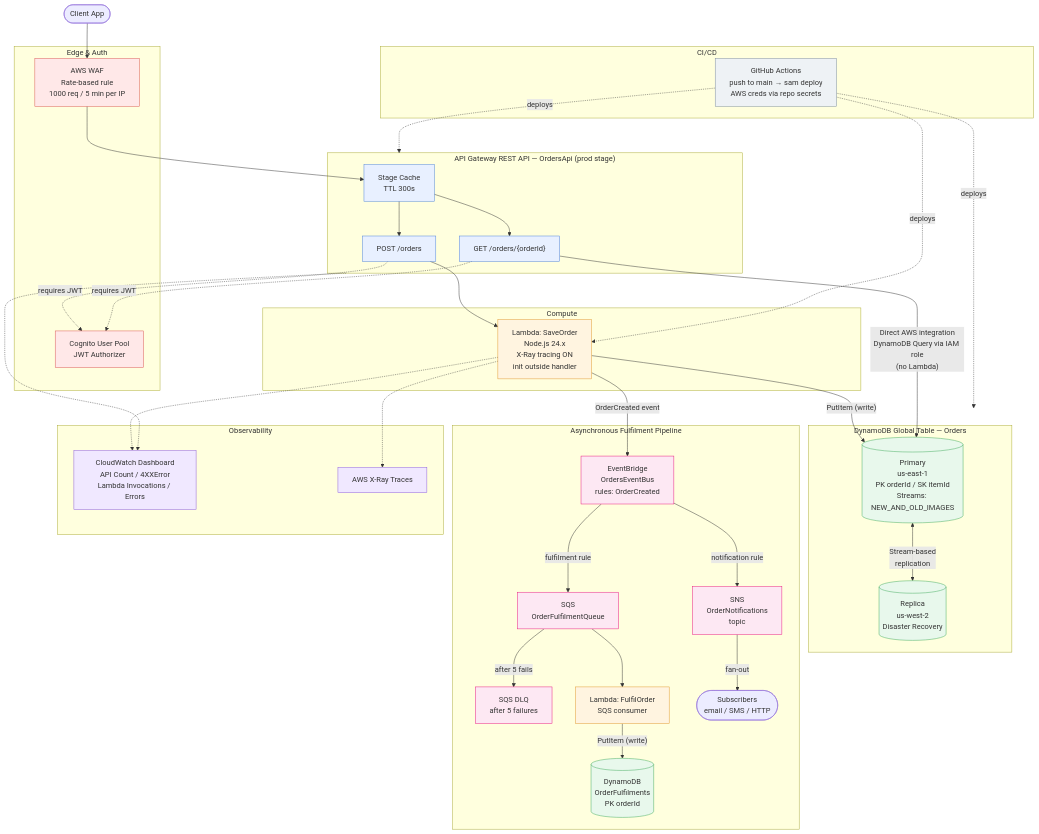
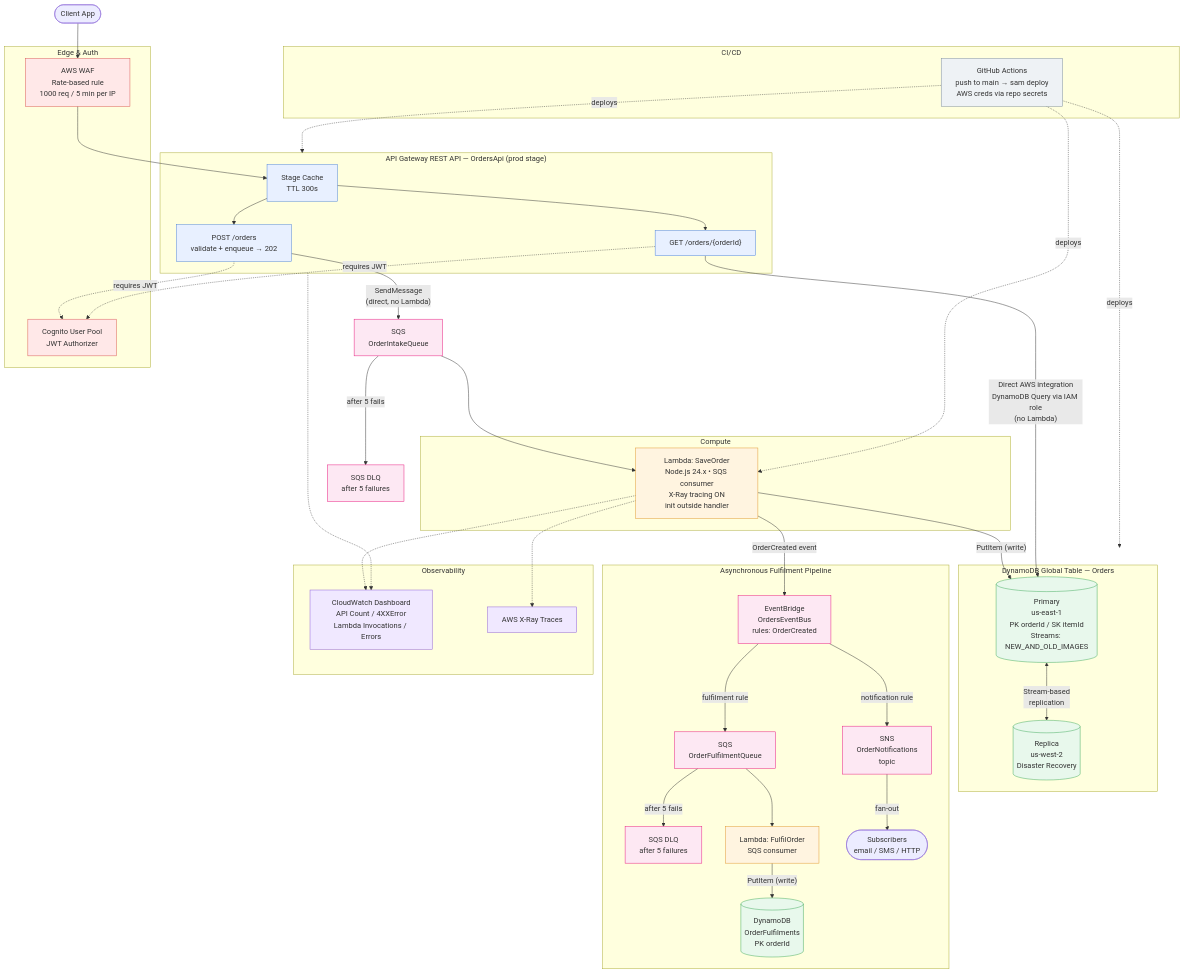
Before and after one commit to Govinder-1992/serverless-application: the diagram in docs/architecture.mmd, drawn with Mermaid. The commit also changed 5 other files, not shown here.

Commit message:
Docs: reflect async write path (API Gateway -> SQS intake -> SaveOrder)

```diff
--- a/docs/architecture.mmd
+++ b/docs/architecture.mmd
@@ -1,85 +1,90 @@
 flowchart TB
     Client([Client App])
 
     subgraph Security["Edge & Auth"]
         WAF["AWS WAF<br/>Rate-based rule<br/>1000 req / 5 min per IP"]
         Cognito["Cognito User Pool<br/>JWT Authorizer"]
     end
 
     subgraph APIGW["API Gateway REST API — OrdersApi (prod stage)"]
         Cache["Stage Cache<br/>TTL 300s"]
-        POST["POST /orders"]
+        POST["POST /orders<br/>validate + enqueue → 202"]
         GET["GET /orders/{orderId}"]
     end
 
+    IntakeQueue["SQS<br/>OrderIntakeQueue"]
+    IntakeDLQ["SQS DLQ<br/>after 5 failures"]
+
     subgraph Compute["Compute"]
-        Lambda["Lambda: SaveOrder<br/>Node.js 24.x<br/>X-Ray tracing ON<br/>init outside handler"]
+        Lambda["Lambda: SaveOrder<br/>Node.js 24.x • SQS consumer<br/>X-Ray tracing ON<br/>init outside handler"]
     end
 
     subgraph DataLayer["DynamoDB Global Table — Orders"]
         DDBPrimary[("Primary<br/>us-east-1<br/>PK orderId / SK itemId<br/>Streams: NEW_AND_OLD_IMAGES")]
         DDBReplica[("Replica<br/>us-west-2<br/>Disaster Recovery")]
     end
 
     subgraph Async["Asynchronous Fulfilment Pipeline"]
         EventBus["EventBridge<br/>OrdersEventBus<br/>rules: OrderCreated"]
         Queue["SQS<br/>OrderFulfilmentQueue"]
         DLQ["SQS DLQ<br/>after 5 failures"]
         Fulfil["Lambda: FulfilOrder<br/>SQS consumer"]
         FulfilTable[("DynamoDB<br/>OrderFulfilments<br/>PK orderId")]
         SNS["SNS<br/>OrderNotifications<br/>topic"]
         Subscribers(["Subscribers<br/>email / SMS / HTTP"])
     end
 
     subgraph Observability["Observability"]
         Dashboard["CloudWatch Dashboard<br/>API Count / 4XXError<br/>Lambda Invocations / Errors"]
         XRay["AWS X-Ray Traces"]
     end
 
     subgraph CICD["CI/CD"]
         GH["GitHub Actions<br/>push to main → sam deploy<br/>AWS creds via repo secrets"]
     end
 
     Client --> WAF --> Cache
     Cache --> POST
     Cache --> GET
     POST -. requires JWT .-> Cognito
     GET -. requires JWT .-> Cognito
 
-    POST --> Lambda
+    POST -->|"SendMessage<br/>(direct, no Lambda)"| IntakeQueue
+    IntakeQueue -->|"after 5 fails"| IntakeDLQ
+    IntakeQueue --> Lambda
     Lambda -->|"PutItem (write)"| DDBPrimary
     GET -->|"Direct AWS integration<br/>DynamoDB Query via IAM role<br/>(no Lambda)"| DDBPrimary
 
     DDBPrimary <-->|"Stream-based<br/>replication"| DDBReplica
 
     Lambda -->|"OrderCreated event"| EventBus
     EventBus -->|"fulfilment rule"| Queue
     Queue -->|"after 5 fails"| DLQ
     Queue --> Fulfil
     Fulfil -->|"PutItem (write)"| FulfilTable
     EventBus -->|"notification rule"| SNS
     SNS -->|"fan-out"| Subscribers
 
     Lambda -.-> XRay
     Lambda -.-> Dashboard
     APIGW -.-> Dashboard
 
     GH -. deploys .-> APIGW
     GH -. deploys .-> Lambda
     GH -. deploys .-> DataLayer
 
     classDef sec fill:#ffe8e8,stroke:#d9534f,color:#333
     classDef api fill:#e8f0ff,stroke:#4a7fd9,color:#333
     classDef comp fill:#fff4e0,stroke:#e0952b,color:#333
     classDef data fill:#e8f8ec,stroke:#3faa5a,color:#333
     classDef obs fill:#f0e8ff,stroke:#8a5ad9,color:#333
     classDef ci fill:#eef2f5,stroke:#7a8a99,color:#333
     classDef evt fill:#fde8f3,stroke:#e7157b,color:#333
 
     class WAF,Cognito sec
     class Cache,POST,GET api
     class Lambda,Fulfil comp
     class DDBPrimary,DDBReplica,FulfilTable data
     class Dashboard,XRay obs
     class GH ci
-    class EventBus,Queue,DLQ,SNS evt
+    class EventBus,Queue,DLQ,SNS,IntakeQueue,IntakeDLQ evt
```
